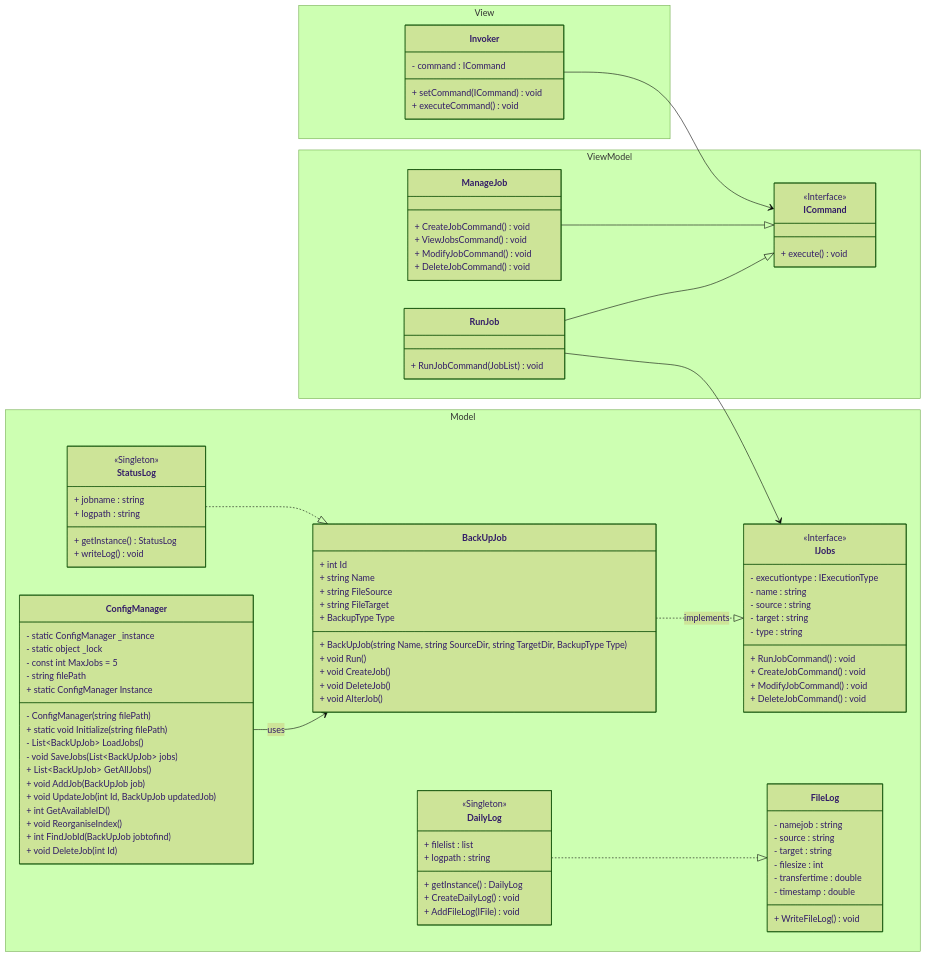
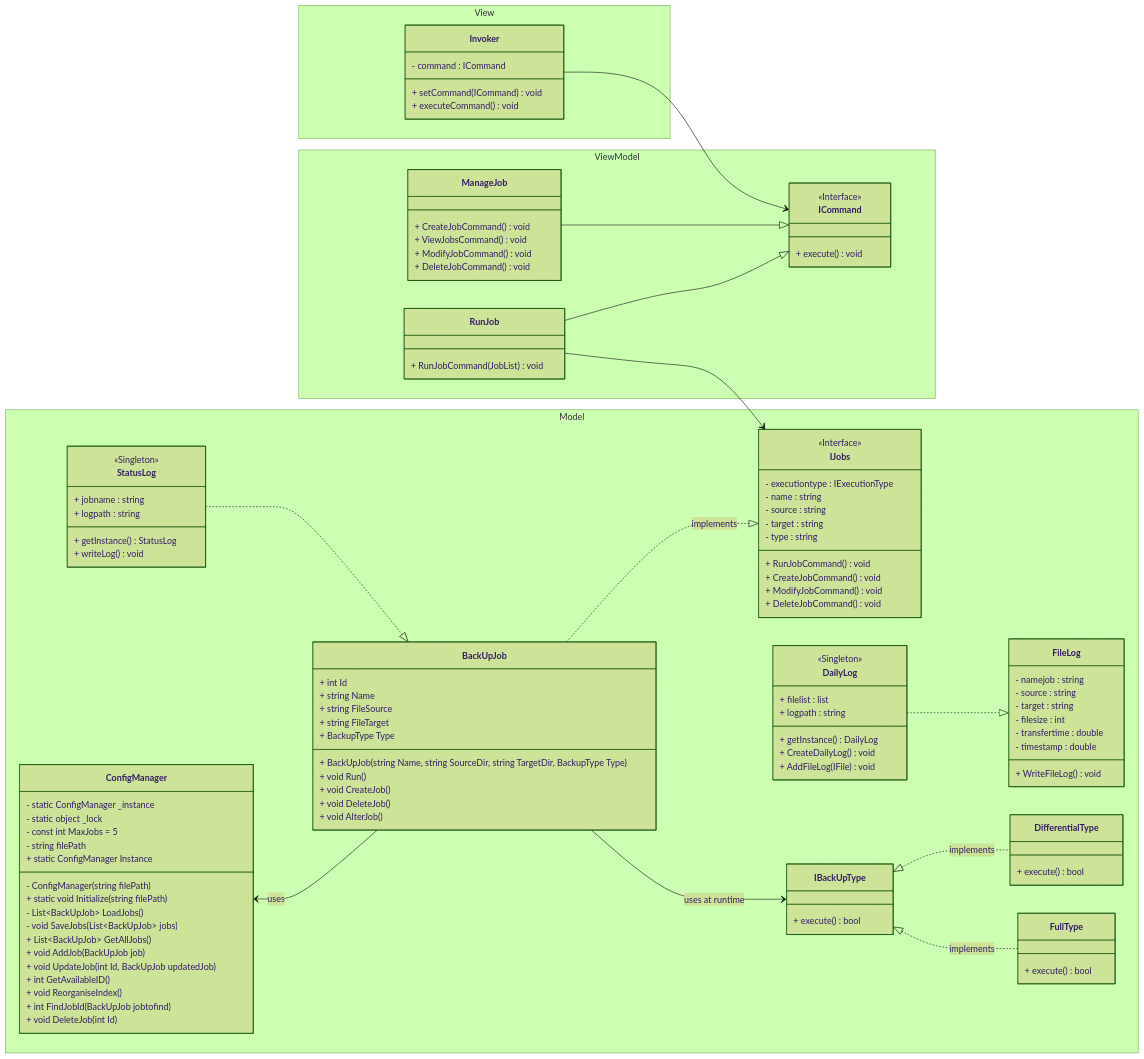
One commit to jgallern/EasySave changed the diagram in UML/class-diagram.mmd. Above: the diagram before and after it, drawn with Mermaid (forest theme).

Commit message:
Update class-diagramm.mmd -> V2 by Jules

```diff
--- a/UML/class-diagram.mmd
+++ b/UML/class-diagram.mmd
@@ -1,119 +1,134 @@
 classDiagram
 direction LR
 
 namespace View{
     class Invoker{
         - command : ICommand
         + setCommand(ICommand) void
         + executeCommand() void
     }
 }
 
 namespace ViewModel{
 
     class ManageJob{
         + CreateJobCommand() void
         + ViewJobsCommand() void
         + ModifyJobCommand() void
         + DeleteJobCommand() void
     }
 
     class ICommand{
         + execute() void
     }
 
     class RunJob{
         + RunJobCommand(JobList) void
     }
 }
 
 <<Interface>> ICommand
 
 Invoker --> ICommand
 
 ManageJob --|> ICommand
 RunJob --|> ICommand
 
 namespace Model{
     class IJobs{
         - executiontype : IExecutionType
         - name : string
         - source : string
         - target : string
         - type : string
         + RunJobCommand() void
         + CreateJobCommand() void
         + ModifyJobCommand() void
         + DeleteJobCommand() void
     }
 
     class BackUpJob {
         + int Id
         + string Name
         + string FileSource
         + string FileTarget
         + BackupType Type
         + BackUpJob(string Name, string SourceDir, string TargetDir, BackupType Type)
         + void Run()
         + void CreateJob()
         + void DeleteJob()
         + void AlterJob()
     }
 
     class StatusLog{
         + jobname : string
         + logpath : string
         + getInstance() StatusLog
         + writeLog() void
     }
 
     class DailyLog{
         + filelist : list<IFile>
         + logpath : string
         + getInstance() DailyLog
         + CreateDailyLog() void
         + AddFileLog(IFile) void
     }
 
     class FileLog{
         - namejob : string
         - source : string
         - target : string
         - filesize : int
         - transfertime : double
         - timestamp : double
         + WriteFileLog() void
     }
 
 class ConfigManager {
         - static ConfigManager _instance
         - static object _lock
         - const int MaxJobs = 5
         - string filePath
         - ConfigManager(string filePath)
         + static ConfigManager Instance
         + static void Initialize(string filePath)
         - List~BackUpJob~ LoadJobs()
         - void SaveJobs(List~BackUpJob~ jobs)
         + List~BackUpJob~ GetAllJobs()
         + void AddJob(BackUpJob job)
         + void UpdateJob(int Id, BackUpJob updatedJob)
         + int GetAvailableID()
         + void ReorganiseIndex()
         + int FindJobId(BackUpJob jobtofind)
         + void DeleteJob(int Id)
     }
+        class IBackUpType{
+        + execute() bool
+    }
+
+    class DifferentialType{
+        + execute() bool
+    }
+
+    class FullType{
+        + execute() bool
+    }
 }
 
 <<Interface>> IJobs
 <<Singleton>> StatusLog
 <<Singleton>> DailyLog
 
 RunJob --> IJobs
 
 StatusLog ..|> BackUpJob
 
 DailyLog ..|> FileLog
 
-ConfigManager --> BackUpJob : uses
+ConfigManager <-- BackUpJob : uses
 BackUpJob ..|> IJobs : implements
+
+BackUpJob --> IBackUpType : uses at runtime
+IBackUpType <|.. FullType : implements
+IBackUpType <|.. DifferentialType : implements
```
